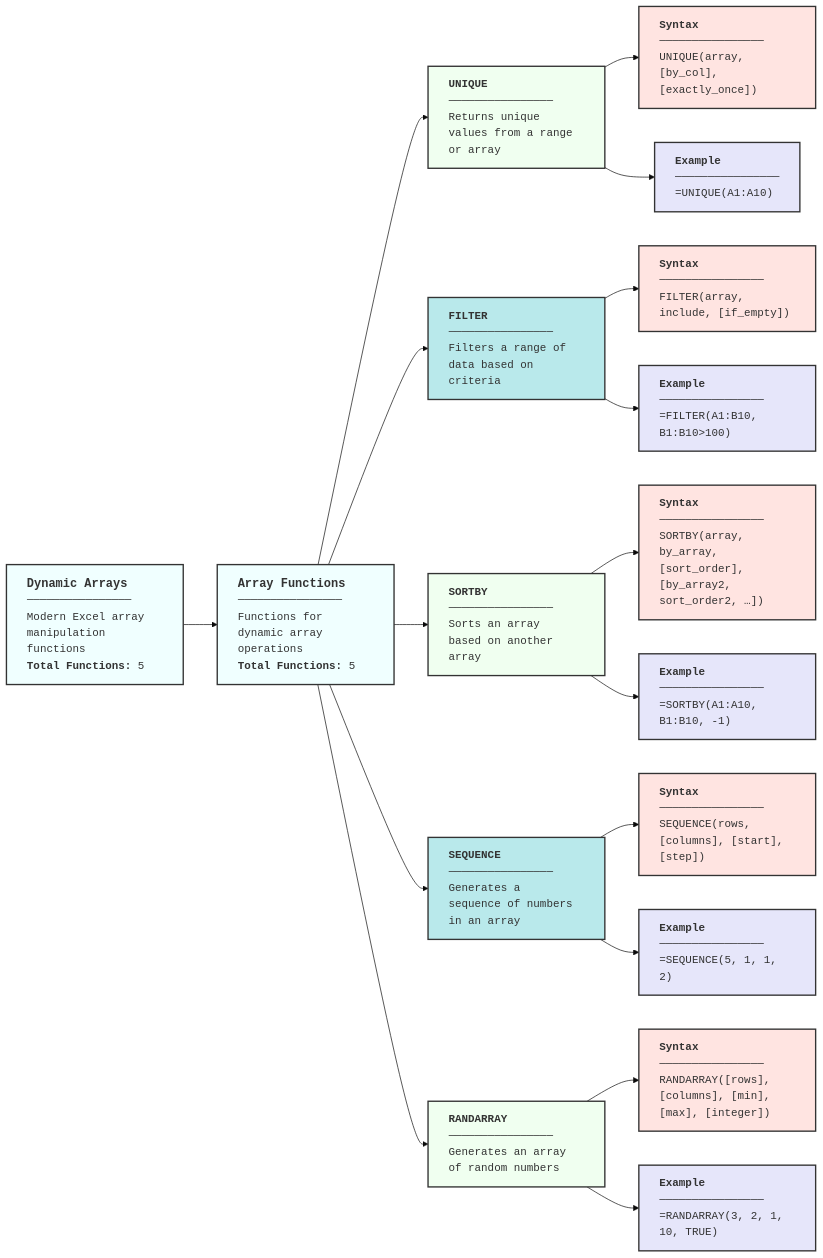
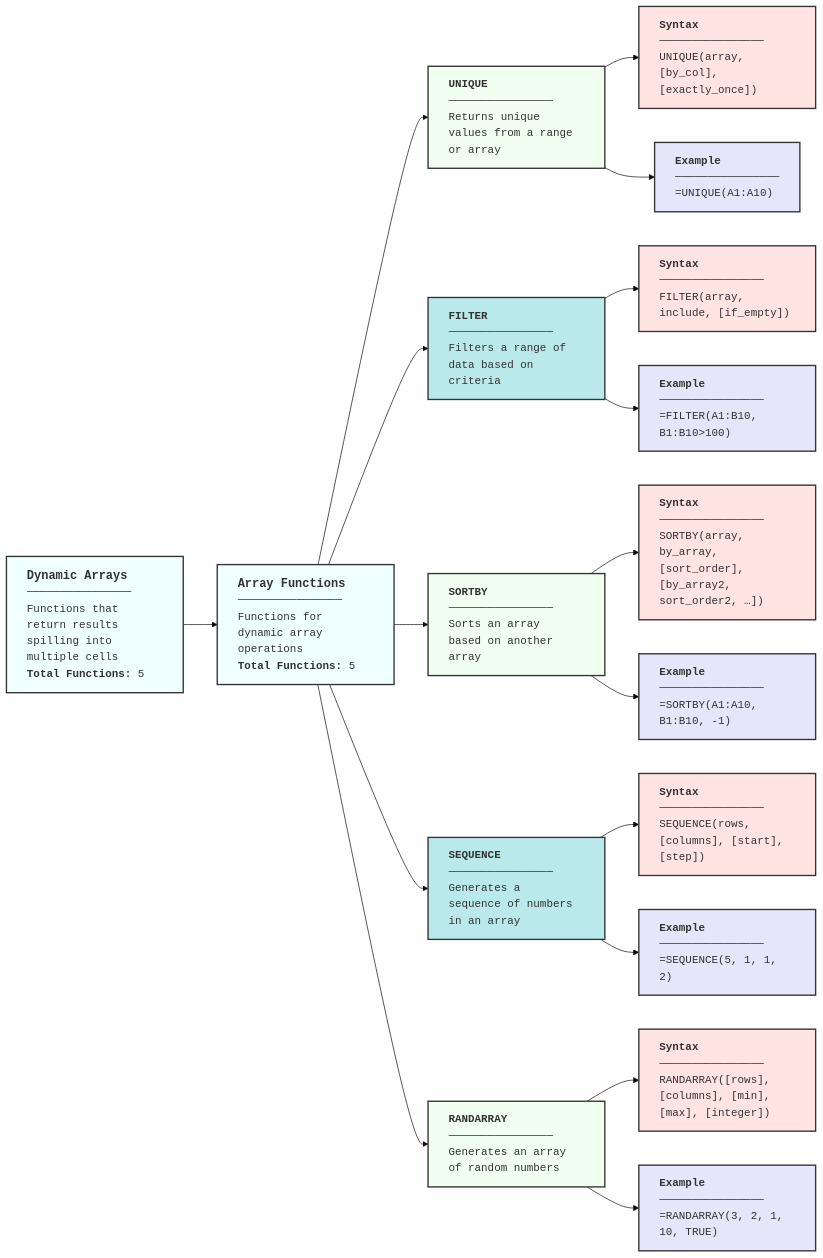
Before and after one commit to klappe-pm/Spreadsheet-Functions: the diagram in Diagrams/Functions-Dynamic Arrays.md, drawn with Mermaid (base theme). The commit also changed other lines of this file and 15 other files, not shown here.

First line of the commit message:
Review Engineering, Financial, Cube and array diagrams

````diff
--- a/Diagrams/Functions-Dynamic Arrays.md
+++ b/Diagrams/Functions-Dynamic Arrays.md
@@ -20,56 +39,56 @@
 ```mermaid
 
 
 graph LR
-    A["<div align='left' style='font-family: MonoLisa, monospace;'><b style='font-size: 1.1em;'>Dynamic Arrays</b><br/>────────────────<br/>Modern Excel array manipulation functions<br/><b>Total Functions:</b> 5</div>"] --> B["<div align='left' style='font-family: MonoLisa, monospace;'><b style='font-size: 1.1em;'>Array Functions</b><br/>────────────────<br/>Functions for dynamic array operations<br/><b>Total Functions:</b> 5</div>"]
-    
+    A["<div align='left' style='font-family: MonoLisa, monospace;'><b style='font-size: 1.1em;'>Dynamic Arrays</b><br/>────────────────<br/>Functions that return results spilling into multiple cells<br/><b>Total Functions:</b> 5</div>"] --> B["<div align='left' style='font-family: MonoLisa, monospace;'><b style='font-size: 1.1em;'>Array Functions</b><br/>────────────────<br/>Functions for dynamic array operations<br/><b>Total Functions:</b> 5</div>"]
+
     B --> UNIQUE["<div align='left' style='font-family: MonoLisa, monospace;'><b>UNIQUE</b><br/>────────────────<br/>Returns unique values from a range or array</div>"]
-    
+
     UNIQUE --> UNIQUESYNTAX["<div align='left' style='font-family: MonoLisa, monospace;'><b>Syntax</b><br/>────────────────<br/>UNIQUE(array, [by_col], [exactly_once])</div>"]
-    
+
     UNIQUE --> UNIQUEEXAMPLE["<div align='left' style='font-family: MonoLisa, monospace;'><b>Example</b><br/>────────────────<br/>=UNIQUE(A1:A10)</div>"]
-    
+
     B --> FILTER["<div align='left' style='font-family: MonoLisa, monospace;'><b>FILTER</b><br/>────────────────<br/>Filters a range of data based on criteria</div>"]
-    
+
     FILTER --> FILTERSYNTAX["<div align='left' style='font-family: MonoLisa, monospace;'><b>Syntax</b><br/>────────────────<br/>FILTER(array, include, [if_empty])</div>"]
-    
+
     FILTER --> FILTEREXAMPLE["<div align='left' style='font-family: MonoLisa, monospace;'><b>Example</b><br/>────────────────<br/>=FILTER(A1:B10, B1:B10&gt;100)</div>"]
-    
+
     B --> SORTBY["<div align='left' style='font-family: MonoLisa, monospace;'><b>SORTBY</b><br/>────────────────<br/>Sorts an array based on another array</div>"]
-    
+
     SORTBY --> SORTBYSYNTAX["<div align='left' style='font-family: MonoLisa, monospace;'><b>Syntax</b><br/>────────────────<br/>SORTBY(array, by_array, [sort_order], [by_array2, sort_order2, …])</div>"]
-    
+
     SORTBY --> SORTBYEXAMPLE["<div align='left' style='font-family: MonoLisa, monospace;'><b>Example</b><br/>────────────────<br/>=SORTBY(A1:A10, B1:B10, -1)</div>"]
-    
+
     B --> SEQUENCE["<div align='left' style='font-family: MonoLisa, monospace;'><b>SEQUENCE</b><br/>────────────────<br/>Generates a sequence of numbers in an array</div>"]
-    
+
     SEQUENCE --> SEQUENCESYNTAX["<div align='left' style='font-family: MonoLisa, monospace;'><b>Syntax</b><br/>────────────────<br/>SEQUENCE(rows, [columns], [start], [step])</div>"]
-    
+
     SEQUENCE --> SEQUENCEEXAMPLE["<div align='left' style='font-family: MonoLisa, monospace;'><b>Example</b><br/>────────────────<br/>=SEQUENCE(5, 1, 1, 2)</div>"]
-    
+
     B --> RANDARRAY["<div align='left' style='font-family: MonoLisa, monospace;'><b>RANDARRAY</b><br/>────────────────<br/>Generates an array of random numbers</div>"]
-    
+
     RANDARRAY --> RANDARRAYSYNTAX["<div align='left' style='font-family: MonoLisa, monospace;'><b>Syntax</b><br/>────────────────<br/>RANDARRAY([rows], [columns], [min], [max], [integer])</div>"]
-    
+
     RANDARRAY --> RANDARRAYEXAMPLE["<div align='left' style='font-family: MonoLisa, monospace;'><b>Example</b><br/>────────────────<br/>=RANDARRAY(3, 2, 1, 10, TRUE)</div>"]
-    
+
     style A fill:#F0FFFF,stroke:#333,stroke-width:2px
     style B fill:#F0FFFF,stroke:#333,stroke-width:2px
     style UNIQUE fill:#F0FFF0,stroke:#333,stroke-width:2px
     style UNIQUESYNTAX fill:#FFE4E1,stroke:#333,stroke-width:2px
     style UNIQUEEXAMPLE fill:#E6E6FA,stroke:#333,stroke-width:2px
     style FILTER fill:#B9E9EB,stroke:#333,stroke-width:2px
     style FILTERSYNTAX fill:#FFE4E1,stroke:#333,stroke-width:2px
     style FILTEREXAMPLE fill:#E6E6FA,stroke:#333,stroke-width:2px
     style SORTBY fill:#F0FFF0,stroke:#333,stroke-width:2px
     style SORTBYSYNTAX fill:#FFE4E1,stroke:#333,stroke-width:2px
     style SORTBYEXAMPLE fill:#E6E6FA,stroke:#333,stroke-width:2px
     style SEQUENCE fill:#B9E9EB,stroke:#333,stroke-width:2px
     style SEQUENCESYNTAX fill:#FFE4E1,stroke:#333,stroke-width:2px
     style SEQUENCEEXAMPLE fill:#E6E6FA,stroke:#333,stroke-width:2px
     style RANDARRAY fill:#F0FFF0,stroke:#333,stroke-width:2px
     style RANDARRAYSYNTAX fill:#FFE4E1,stroke:#333,stroke-width:2px
     style RANDARRAYEXAMPLE fill:#E6E6FA,stroke:#333,stroke-width:2px
-    
-    
+
+
 ```
````
